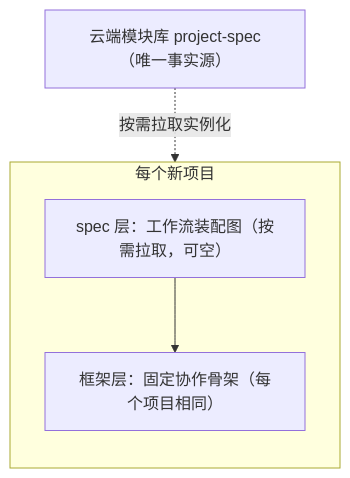
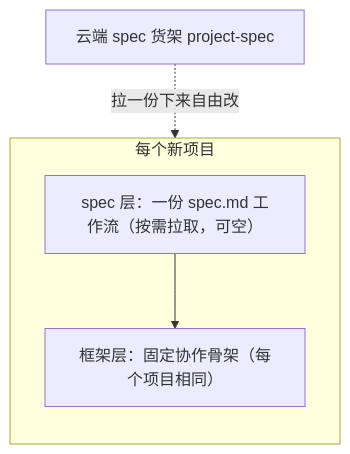
Before and after one commit to The-Daybreaker/project-spec: the diagram in README.md, drawn with Mermaid. The commit also changed other lines of this file and 8 other files, not shown here.

````diff
--- a/README.md
+++ b/README.md
@@ -26,11 +26,11 @@
 ```mermaid
 flowchart TB
-  CLOUD["云端模块库 project-spec（唯一事实源）"]
+  CLOUD["云端 spec 货架 project-spec"]
   subgraph PROJ["每个新项目"]
     direction TB
-    SPEC["spec 层：工作流装配图（按需拉取，可空）"]
+    SPEC["spec 层：一份 spec.md 工作流（按需拉取，可空）"]
     FRAME["框架层：固定协作骨架（每个项目相同）"]
     SPEC --> FRAME
   end
-  CLOUD -. "按需拉取实例化" .-> SPEC
+  CLOUD -. "拉一份下来自由改" .-> SPEC
 ```
````
